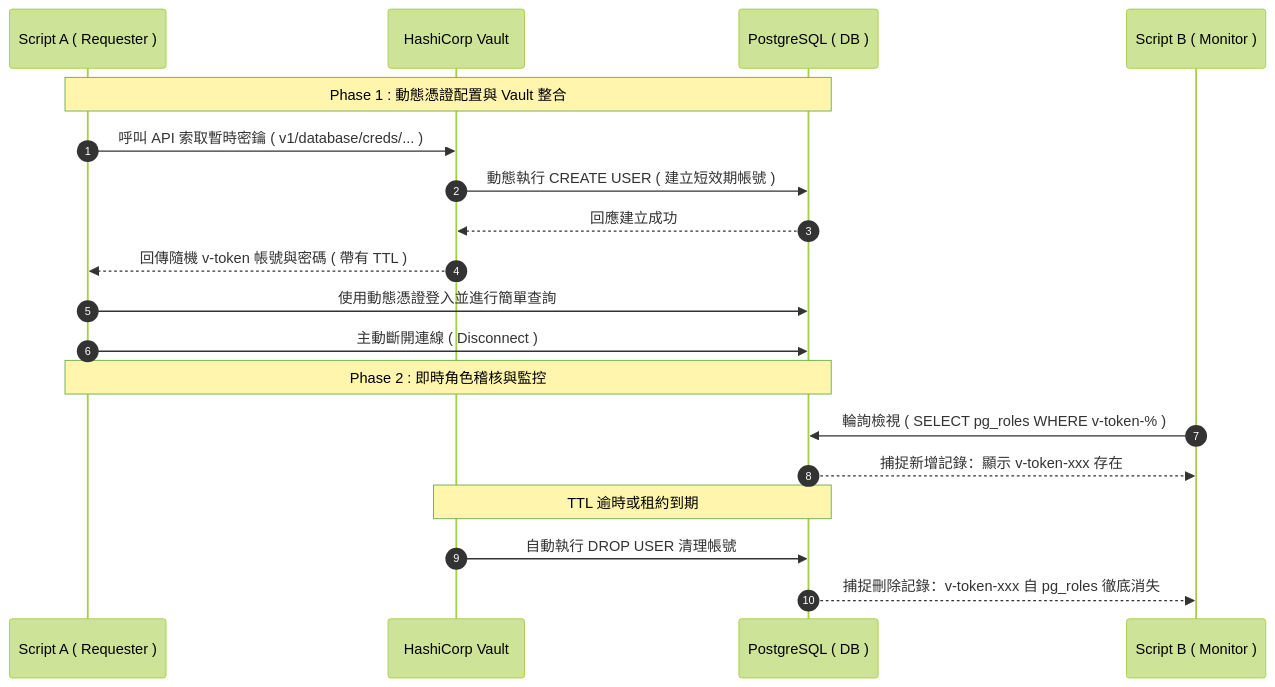
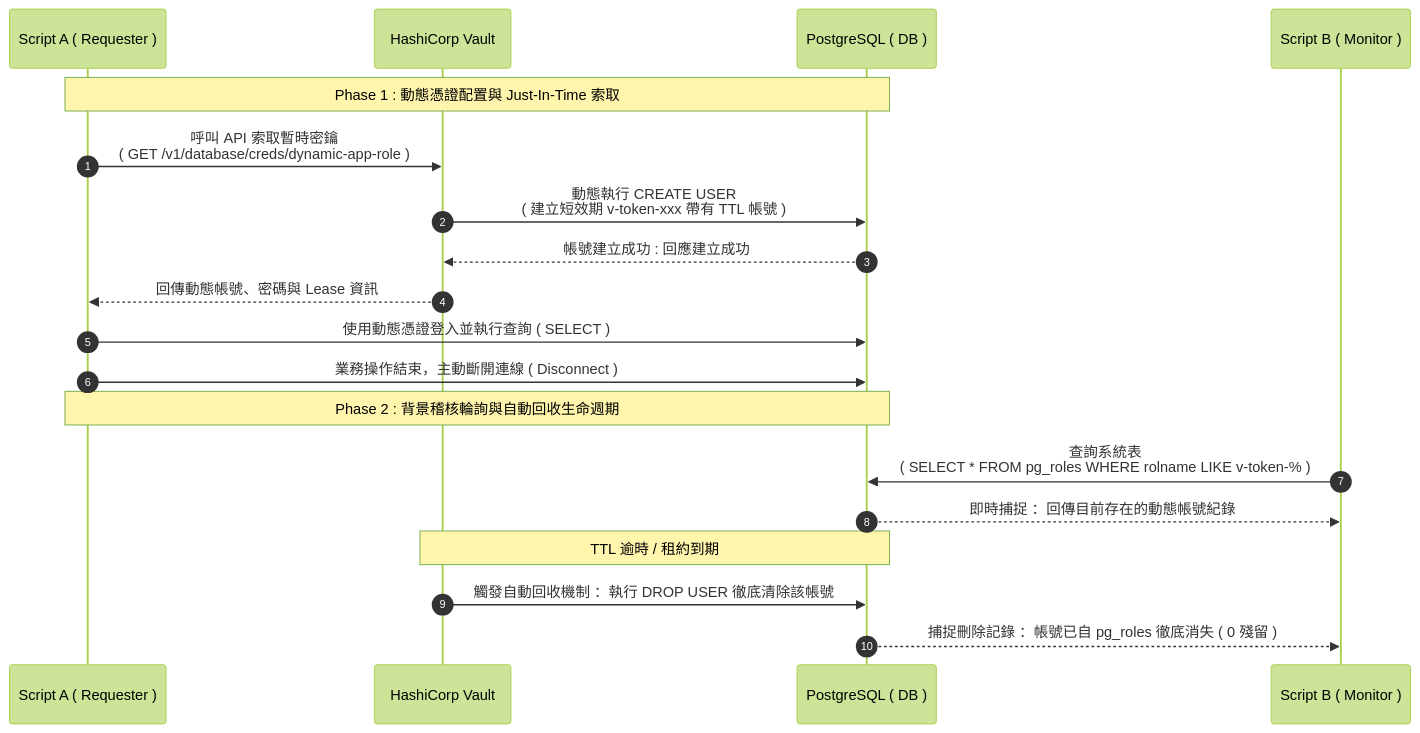
The diagram in docs/Vault-Secret-Management-Distribution.md (Junwu0615/Platform-Genesis), drawn with Mermaid (forest theme) before and after one commit. The commit also changed other lines of this file and 2 other files, not shown here.

Commit message:
update somethings

````diff
--- a/docs/Vault-Secret-Management-Distribution.md
+++ b/docs/Vault-Secret-Management-Distribution.md
@@ -32,23 +32,23 @@
 ```mermaid
 sequenceDiagram
     autonumber
     participant S1 as Script A ( Requester )
     participant V as HashiCorp Vault
     participant DB as PostgreSQL ( DB )
     participant S2 as Script B ( Monitor )
 
-    Note over S1, DB: Phase 1 : 動態憑證配置與 Vault 整合
-    S1->>V: 呼叫 API 索取暫時密鑰 ( v1/database/creds/... )
-    V->>DB: 動態執行 CREATE USER ( 建立短效期帳號 )
-    DB-->>V: 回應建立成功
-    V-->>S1: 回傳隨機 v-token 帳號與密碼 ( 帶有 TTL )
-    S1->>DB: 使用動態憑證登入並進行簡單查詢
-    S1->>DB: 主動斷開連線 ( Disconnect )
+    Note over S1, DB: Phase 1 : 動態憑證配置與 Just-In-Time 索取
+    S1->>V: 呼叫 API 索取暫時密鑰<br/>( GET /v1/database/creds/dynamic-app-role )
+    V->>DB: 動態執行 CREATE USER<br/>( 建立短效期 v-token-xxx 帶有 TTL 帳號 )
+    DB-->>V: 帳號建立成功 : 回應建立成功
+    V-->>S1: 回傳動態帳號、密碼與 Lease 資訊
+    S1->>DB: 使用動態憑證登入並執行查詢 ( SELECT )
+    S1->>DB: 業務操作結束，主動斷開連線 ( Disconnect )
 
-    Note over S1, DB: Phase 2 : 即時角色稽核與監控
-    S2->>DB: 輪詢檢視 ( SELECT pg_roles WHERE v-token-% )
-    DB-->>S2: 捕捉新增記錄：顯示 v-token-xxx 存在
-    Note over V, DB: TTL 逾時或租約到期
-    V->>DB: 自動執行 DROP USER 清理帳號
-    DB-->>S2: 捕捉刪除記錄：v-token-xxx 自 pg_roles 徹底消失
+    Note over S1, DB: Phase 2 : 背景稽核輪詢與自動回收生命週期
+    S2->>DB: 查詢系統表<br/>( SELECT * FROM pg_roles WHERE rolname LIKE v-token-% )
+    DB-->>S2: 即時捕捉 ：回傳目前存在的動態帳號紀錄
+    Note over V, DB: TTL 逾時 / 租約到期
+    V->>DB: 觸發自動回收機制 ：執行 DROP USER 徹底清除該帳號
+    DB-->>S2: 捕捉刪除記錄 ：帳號已自 pg_roles 徹底消失 ( 0 殘留 )
 ```
````
